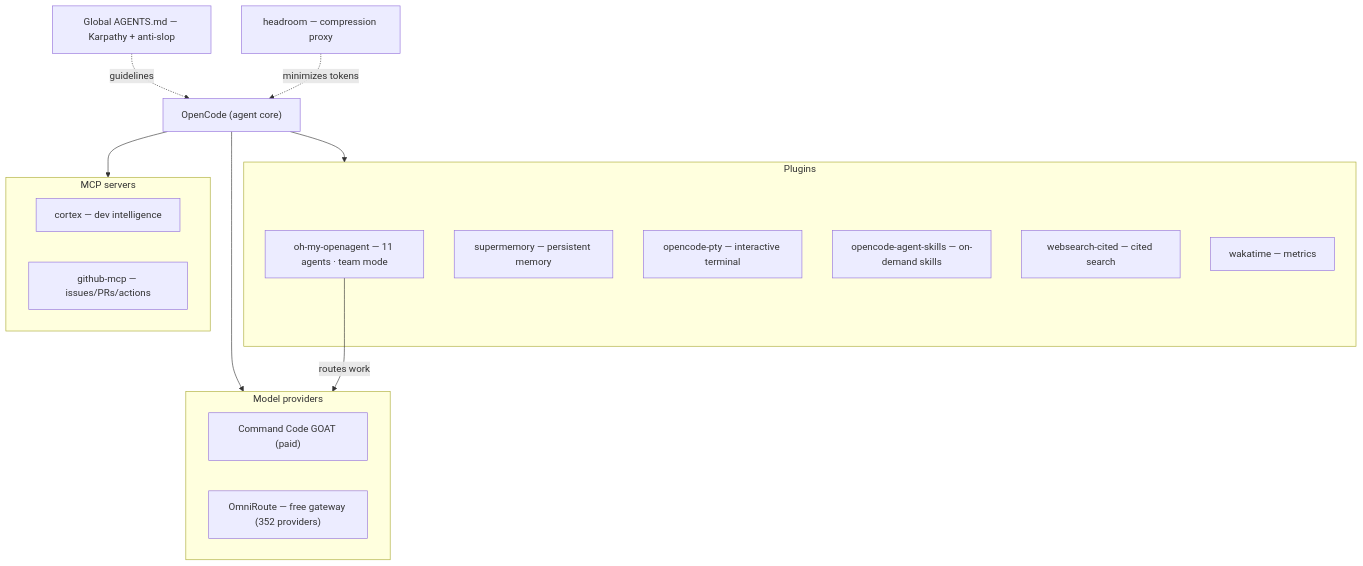
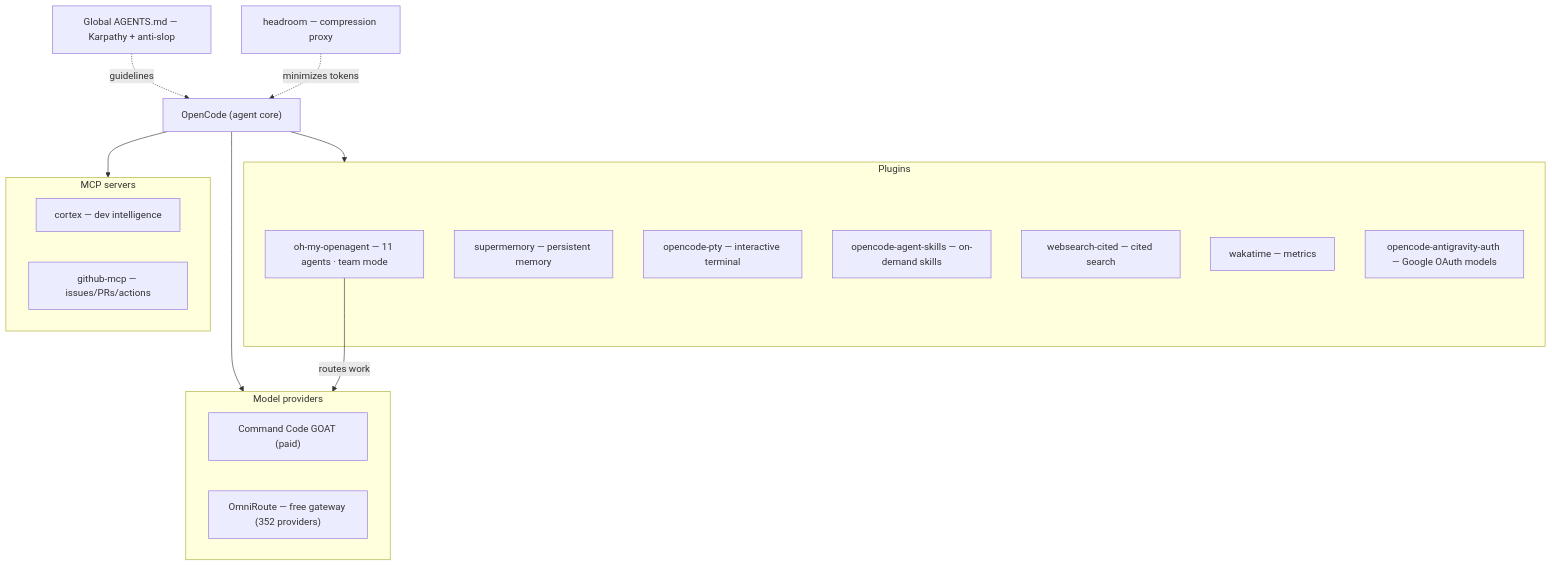
Before and after one commit to benogoulart/opencode-ultra-setup: the diagram in README.md, drawn with Mermaid. The commit also changed other lines of this file and 5 other files, not shown here.

Commit message:
docs: sync statuses with current setup + add antigravity-auth

````diff
--- a/README.md
+++ b/README.md
@@ -66,30 +67,31 @@
 ```mermaid
 graph TD
     Oc["OpenCode (agent core)"] --> Plugins
     Oc --> Mcp
     Oc --> Providers
 
     GS["Global AGENTS.md — Karpathy + anti-slop"] -.->|guidelines| Oc
     Hd["headroom — compression proxy"] -.->|minimizes tokens| Oc
 
     subgraph Plugins["Plugins"]
         OMO["oh-my-openagent — 11 agents · team mode"]
         SM["supermemory — persistent memory"]
         PTY["opencode-pty — interactive terminal"]
         SK["opencode-agent-skills — on-demand skills"]
         WS["websearch-cited — cited search"]
         WK["wakatime — metrics"]
+        AA["opencode-antigravity-auth — Google OAuth models"]
     end
 
     subgraph Mcp["MCP servers"]
         CX["cortex — dev intelligence"]
         GH["github-mcp — issues/PRs/actions"]
     end
 
     subgraph Providers["Model providers"]
         GOAT["Command Code GOAT (paid)"]
         OR["OmniRoute — free gateway (352 providers)"]
     end
 
     OMO -->|routes work| Providers
 ```
````
